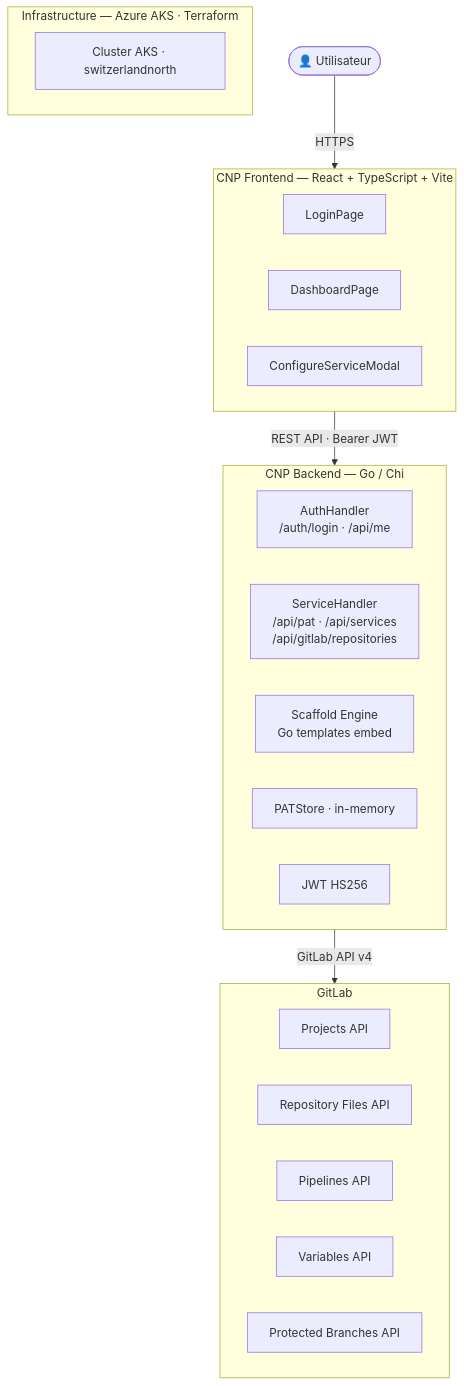
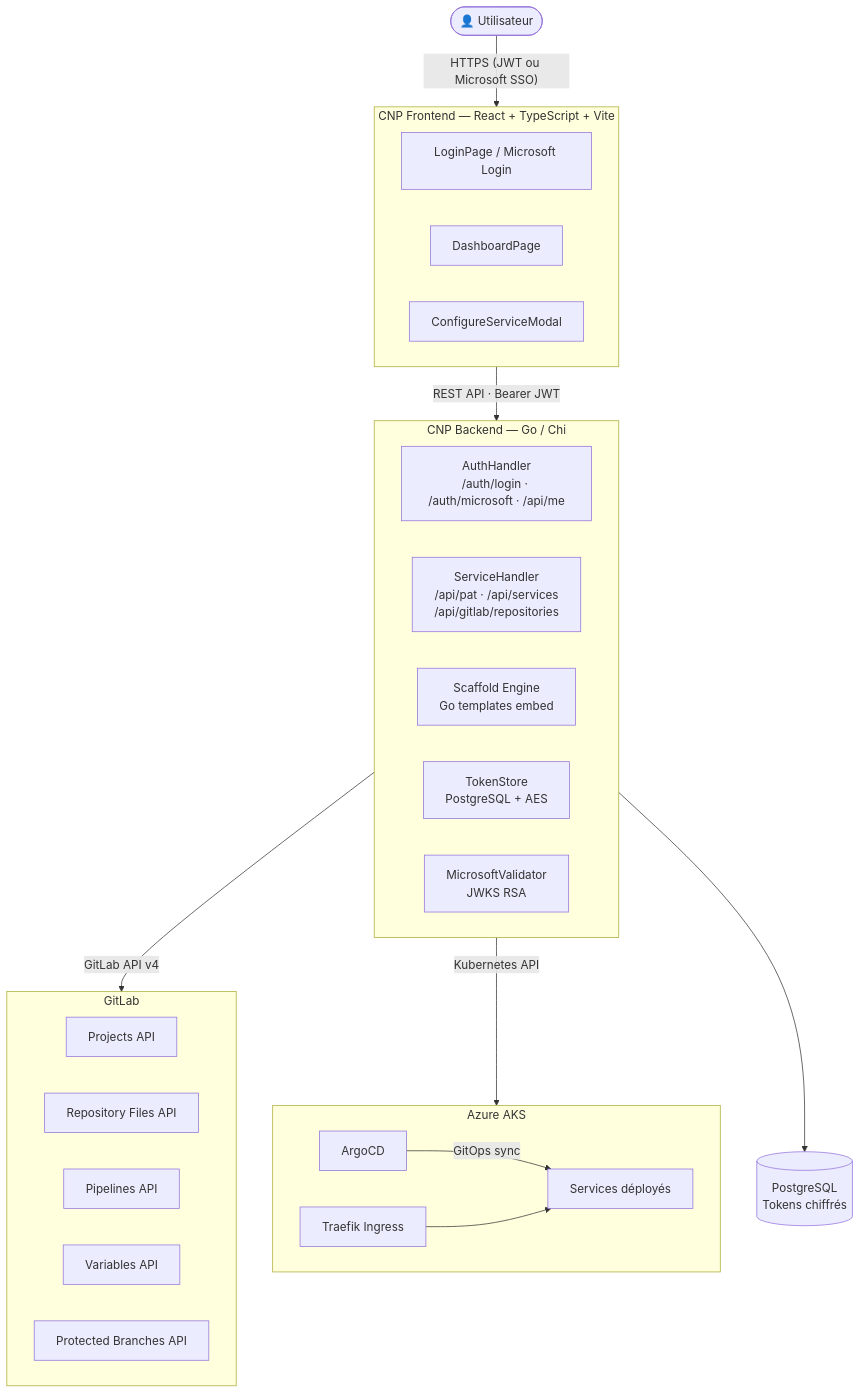
One commit to 2-MORGAN/docs changed the first of 2 diagrams in architecture.mdx. Above: the diagram before and after it, drawn with Mermaid. The commit also changed other lines of this file and 12 other files, not shown here.

````diff
--- a/architecture.mdx
+++ b/architecture.mdx
@@ -8,35 +8,43 @@
 ```mermaid
 flowchart TD
     User(["👤 Utilisateur"])
-    User -->|HTTPS| Frontend
+    User -->|"HTTPS (JWT ou Microsoft SSO)"| Frontend
 
     subgraph Frontend["CNP Frontend — React + TypeScript + Vite"]
-        LP[LoginPage]
+        LP[LoginPage / Microsoft Login]
         DP[DashboardPage]
         CSM[ConfigureServiceModal]
     end
 
     Frontend -->|"REST API · Bearer JWT"| Backend
 
     subgraph Backend["CNP Backend — Go / Chi"]
-        AH["AuthHandler\n/auth/login · /api/me"]
+        AH["AuthHandler\n/auth/login · /auth/microsoft · /api/me"]
         SH["ServiceHandler\n/api/pat · /api/services\n/api/gitlab/repositories"]
         SE["Scaffold Engine\nGo templates embed"]
-        PS["PATStore · in-memory"]
-        JW["JWT HS256"]
+        TS["TokenStore\nPostgreSQL + AES"]
+        MSFT["MicrosoftValidator\nJWKS RSA"]
     end
 
     Backend -->|"GitLab API v4"| GitLab
+    Backend -->|"Kubernetes API"| K8s
 
     subgraph GitLab["GitLab"]
         PROJ[Projects API]
         FILES[Repository Files API]
         PIPE[Pipelines API]
         VARS[Variables API]
         BRANCH[Protected Branches API]
     end
 
-    subgraph Infra["Infrastructure — Azure AKS · Terraform"]
-        AKS["Cluster AKS · switzerlandnorth"]
+    subgraph K8s["Azure AKS"]
+        ArgoCD[ArgoCD]
+        Traefik[Traefik Ingress]
+        Apps[Services déployés]
+        ArgoCD -->|"GitOps sync"| Apps
+        Traefik --> Apps
     end
+
+    DB[(PostgreSQL\nTokens chiffrés)]
+    Backend --> DB
 ```
````
